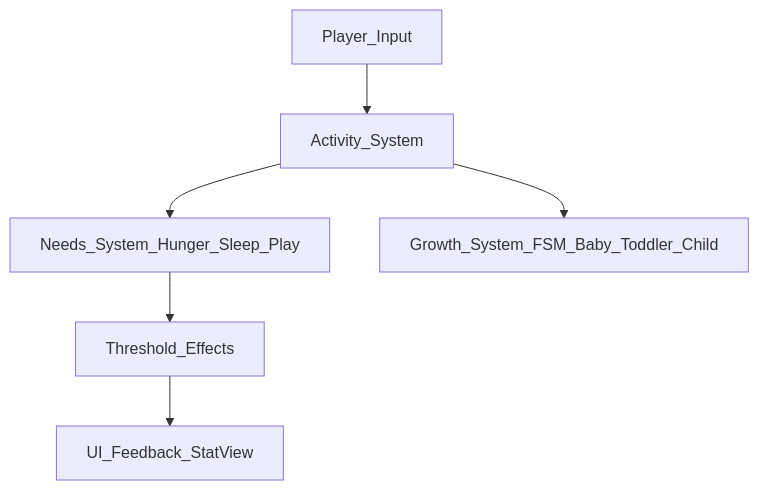
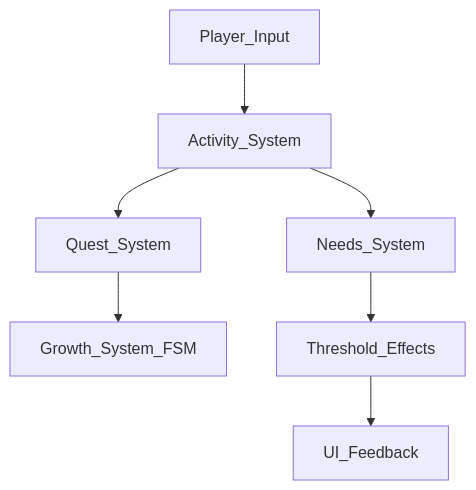
Before and after one commit to DesireeNavarrete/ProjectJ40: the diagram in README.md, drawn with Mermaid.

````diff
--- a/README.md
+++ b/README.md
@@ -9,15 +9,19 @@
 ```mermaid
 flowchart TD
     PlayerInput[Player_Input]
     ActivitySys[Activity_System]
-    NeedsSys[Needs_System_Hunger_Sleep_Play]
-    GrowthSys[Growth_System_FSM_Baby_Toddler_Child]
+    NeedsSys[Needs_System]
+    QuestSys[Quest_System]
+    GrowthSys[Growth_System_FSM]
     Threshold[Threshold_Effects]
-    UI[UI_Feedback_StatView]
+    UI[UI_Feedback]
 
     PlayerInput --> ActivitySys
     ActivitySys --> NeedsSys
-    ActivitySys --> GrowthSys
+    ActivitySys --> QuestSys
+    QuestSys --> GrowthSys
     NeedsSys --> Threshold
     Threshold --> UI
+
+
 ```
````
